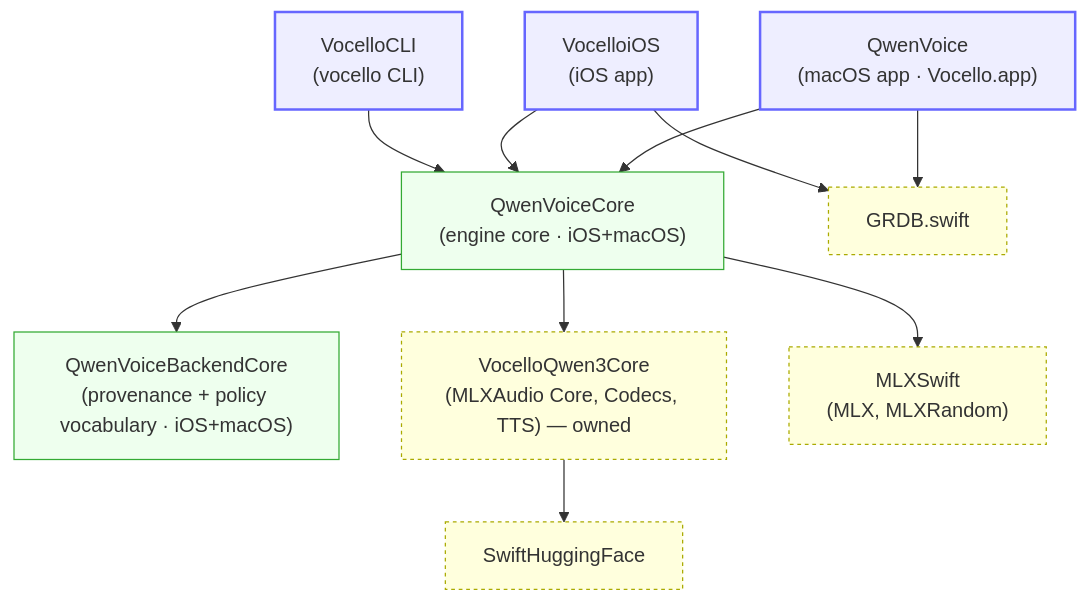
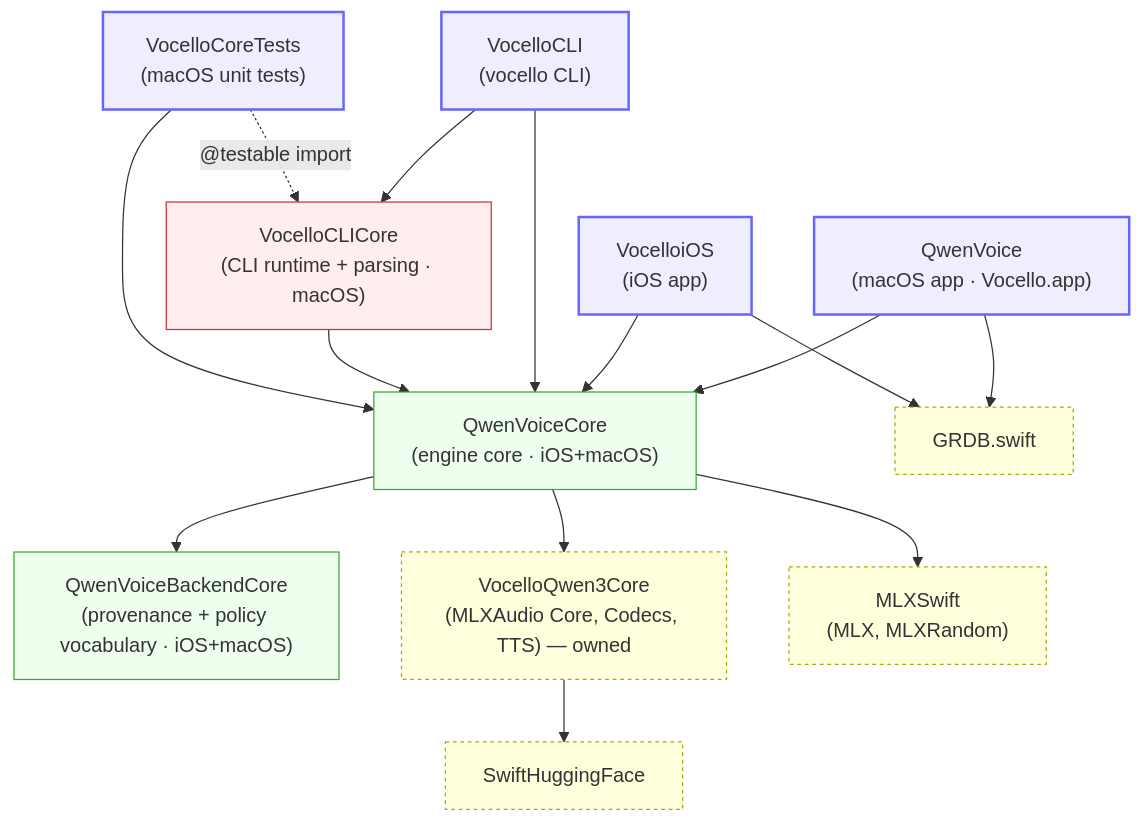
One commit to PowerBeef/Vocello changed the first of 7 diagrams in docs/ARCHITECTURE.md. Above: the diagram before and after it, drawn with Mermaid. The commit also changed other lines of this file and 8 other files, not shown here.

````diff
--- a/docs/ARCHITECTURE.md
+++ b/docs/ARCHITECTURE.md
@@ -66,33 +69,40 @@
 ```mermaid
 graph TD
     classDef app fill:#eef,stroke:#66f,stroke-width:2px;
     classDef fw fill:#efe,stroke:#3a3;
     classDef macfw fill:#fee,stroke:#c33;
     classDef spm fill:#ffd,stroke:#aa0,stroke-dasharray:3 3;
 
     QwenVoice["QwenVoice<br/>(macOS app · Vocello.app)"]:::app
     VocelloiOS["VocelloiOS<br/>(iOS app)"]:::app
     VocelloCLI["VocelloCLI<br/>(vocello CLI)"]:::app
 
     QwenVoiceCore["QwenVoiceCore<br/>(engine core · iOS+macOS)"]:::fw
     QwenVoiceBackendCore["QwenVoiceBackendCore<br/>(provenance + policy vocabulary · iOS+macOS)"]:::fw
+    VocelloCLICore["VocelloCLICore<br/>(CLI runtime + parsing · macOS)"]:::macfw
+    VocelloCoreTests["VocelloCoreTests<br/>(macOS unit tests)"]:::app
 
     GRDB["GRDB.swift"]:::spm
     MLXAudio["VocelloQwen3Core<br/>(MLXAudio Core, Codecs, TTS) — owned"]:::spm
     MLXSwift["MLXSwift<br/>(MLX, MLXRandom)"]:::spm
     SwiftHuggingFace["SwiftHuggingFace"]:::spm
 
     QwenVoice --> QwenVoiceCore
     QwenVoice --> GRDB
 
     VocelloiOS --> QwenVoiceCore
     VocelloiOS --> GRDB
 
+    VocelloCLI --> VocelloCLICore
     VocelloCLI --> QwenVoiceCore
+    VocelloCLICore --> QwenVoiceCore
+
+    VocelloCoreTests --> QwenVoiceCore
+    VocelloCoreTests -.->|"@testable import"| VocelloCLICore
 
     QwenVoiceCore --> QwenVoiceBackendCore
 
     QwenVoiceCore --> MLXAudio
     QwenVoiceCore --> MLXSwift
     MLXAudio --> SwiftHuggingFace
 ```
````
